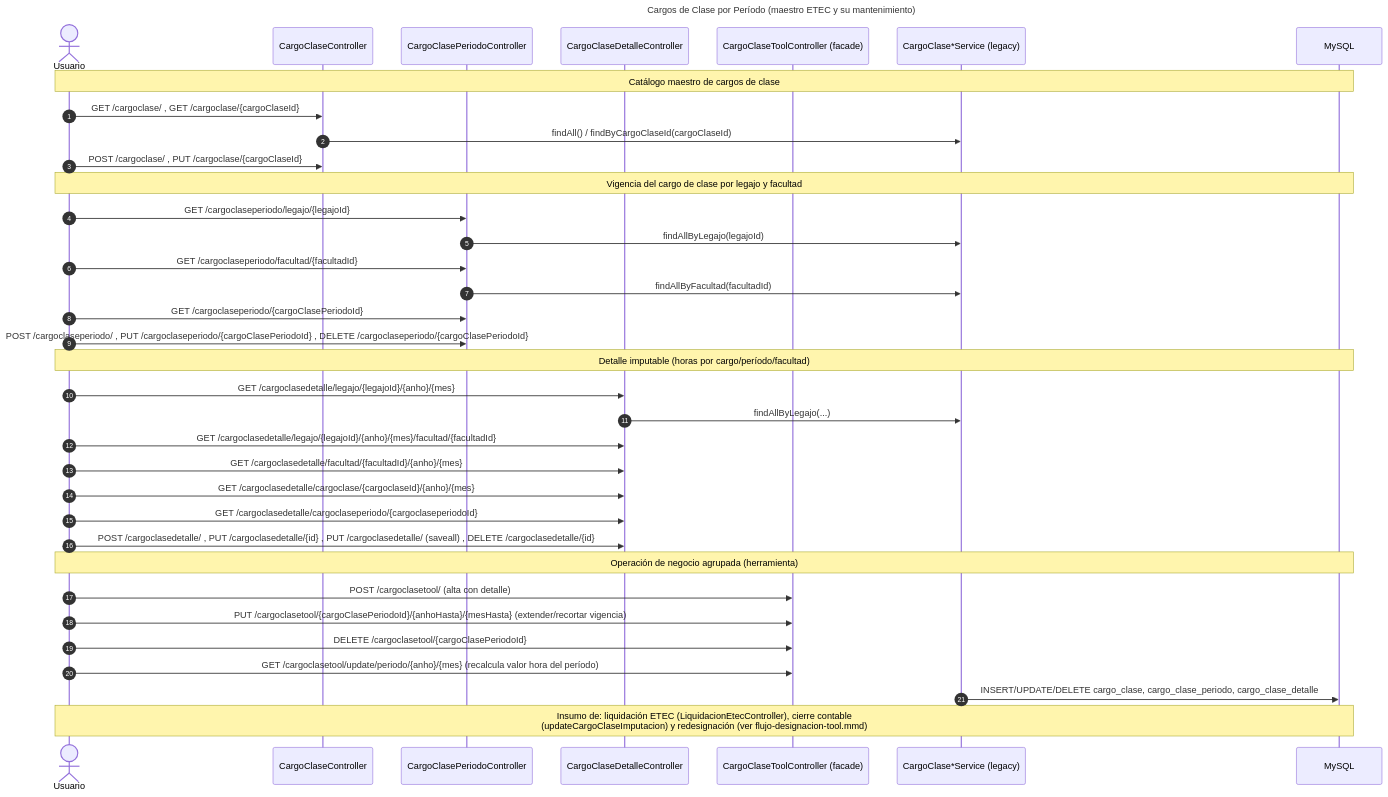
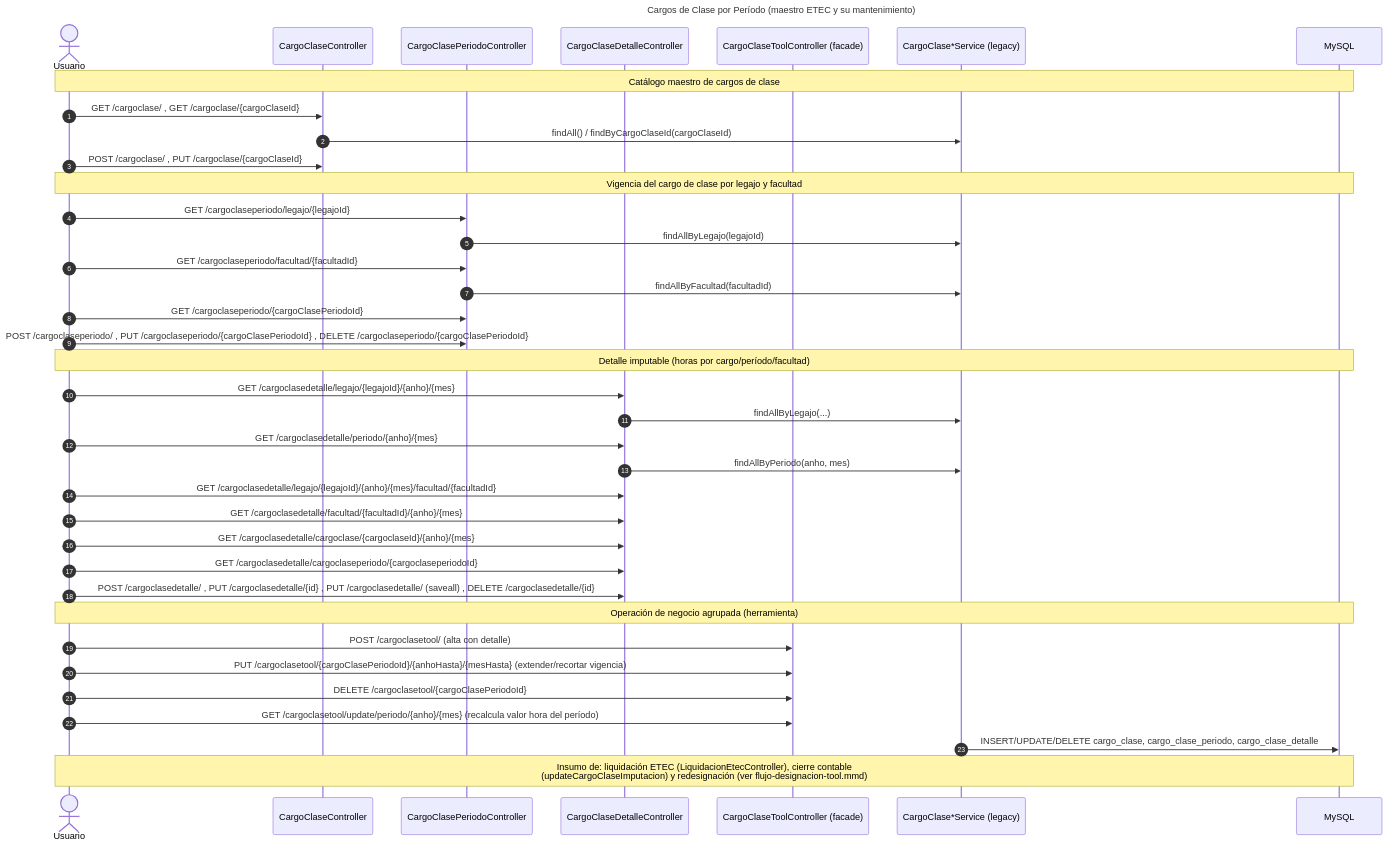
Before and after one commit to UM-services/UM.haberes.core-service: the diagram in docs/diagrams/flujo-cargo-clase.mmd, drawn with Mermaid. The commit also changed 9 other files, not shown here.

First line of the commit message:
docs(diagrams): agrega flujo de bono masivo

```diff
--- a/docs/diagrams/flujo-cargo-clase.mmd
+++ b/docs/diagrams/flujo-cargo-clase.mmd
@@ -1,47 +1,49 @@
 ---
 title: "Cargos de Clase por Período (maestro ETEC y su mantenimiento)"
 ---
 sequenceDiagram
     autonumber
     actor Usuario
     participant CCtrl as CargoClaseController
     participant PCtrl as CargoClasePeriodoController
     participant DCtrl as CargoClaseDetalleController
     participant TCtrl as CargoClaseToolController (facade)
     participant Svc as CargoClase*Service (legacy)
     participant DB as MySQL
 
     Note over Usuario,DB: Catálogo maestro de cargos de clase
 
     Usuario->>CCtrl: GET /cargoclase/ , GET /cargoclase/{cargoClaseId}
     CCtrl->>Svc: findAll() / findByCargoClaseId(cargoClaseId)
     Usuario->>CCtrl: POST /cargoclase/ , PUT /cargoclase/{cargoClaseId}
 
     Note over Usuario,DB: Vigencia del cargo de clase por legajo y facultad
 
     Usuario->>PCtrl: GET /cargoclaseperiodo/legajo/{legajoId}
     PCtrl->>Svc: findAllByLegajo(legajoId)
     Usuario->>PCtrl: GET /cargoclaseperiodo/facultad/{facultadId}
     PCtrl->>Svc: findAllByFacultad(facultadId)
     Usuario->>PCtrl: GET /cargoclaseperiodo/{cargoClasePeriodoId}
     Usuario->>PCtrl: POST /cargoclaseperiodo/ , PUT /cargoclaseperiodo/{cargoClasePeriodoId} , DELETE /cargoclaseperiodo/{cargoClasePeriodoId}
 
     Note over Usuario,DB: Detalle imputable (horas por cargo/período/facultad)
 
     Usuario->>DCtrl: GET /cargoclasedetalle/legajo/{legajoId}/{anho}/{mes}
     DCtrl->>Svc: findAllByLegajo(...)
+    Usuario->>DCtrl: GET /cargoclasedetalle/periodo/{anho}/{mes}
+    DCtrl->>Svc: findAllByPeriodo(anho, mes)
     Usuario->>DCtrl: GET /cargoclasedetalle/legajo/{legajoId}/{anho}/{mes}/facultad/{facultadId}
     Usuario->>DCtrl: GET /cargoclasedetalle/facultad/{facultadId}/{anho}/{mes}
     Usuario->>DCtrl: GET /cargoclasedetalle/cargoclase/{cargoclaseId}/{anho}/{mes}
     Usuario->>DCtrl: GET /cargoclasedetalle/cargoclaseperiodo/{cargoclaseperiodoId}
     Usuario->>DCtrl: POST /cargoclasedetalle/ , PUT /cargoclasedetalle/{id} , PUT /cargoclasedetalle/ (saveall) , DELETE /cargoclasedetalle/{id}
 
     Note over Usuario,DB: Operación de negocio agrupada (herramienta)
 
     Usuario->>TCtrl: POST /cargoclasetool/ (alta con detalle)
     Usuario->>TCtrl: PUT /cargoclasetool/{cargoClasePeriodoId}/{anhoHasta}/{mesHasta} (extender/recortar vigencia)
     Usuario->>TCtrl: DELETE /cargoclasetool/{cargoClasePeriodoId}
     Usuario->>TCtrl: GET /cargoclasetool/update/periodo/{anho}/{mes} (recalcula valor hora del período)
     Svc->>DB: INSERT/UPDATE/DELETE cargo_clase, cargo_clase_periodo, cargo_clase_detalle
 
     Note over Usuario,DB: Insumo de: liquidación ETEC (LiquidacionEtecController), cierre contable<br/>(updateCargoClaseImputacion) y redesignación (ver flujo-designacion-tool.mmd)
```
